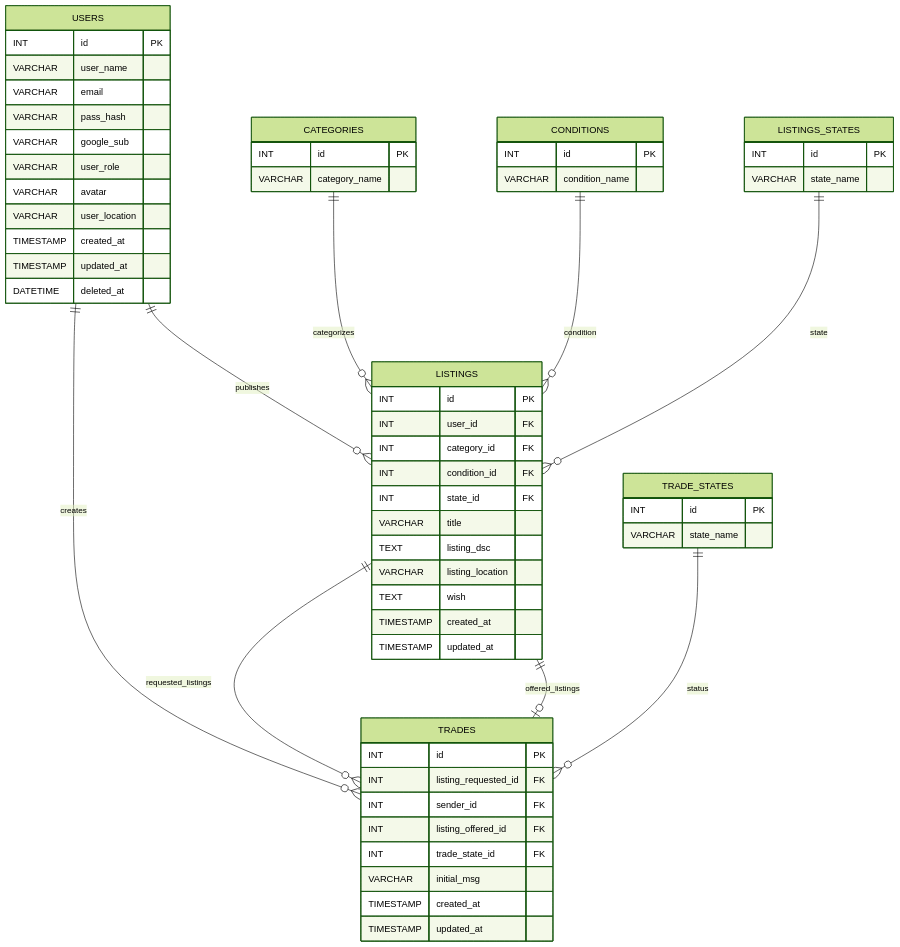
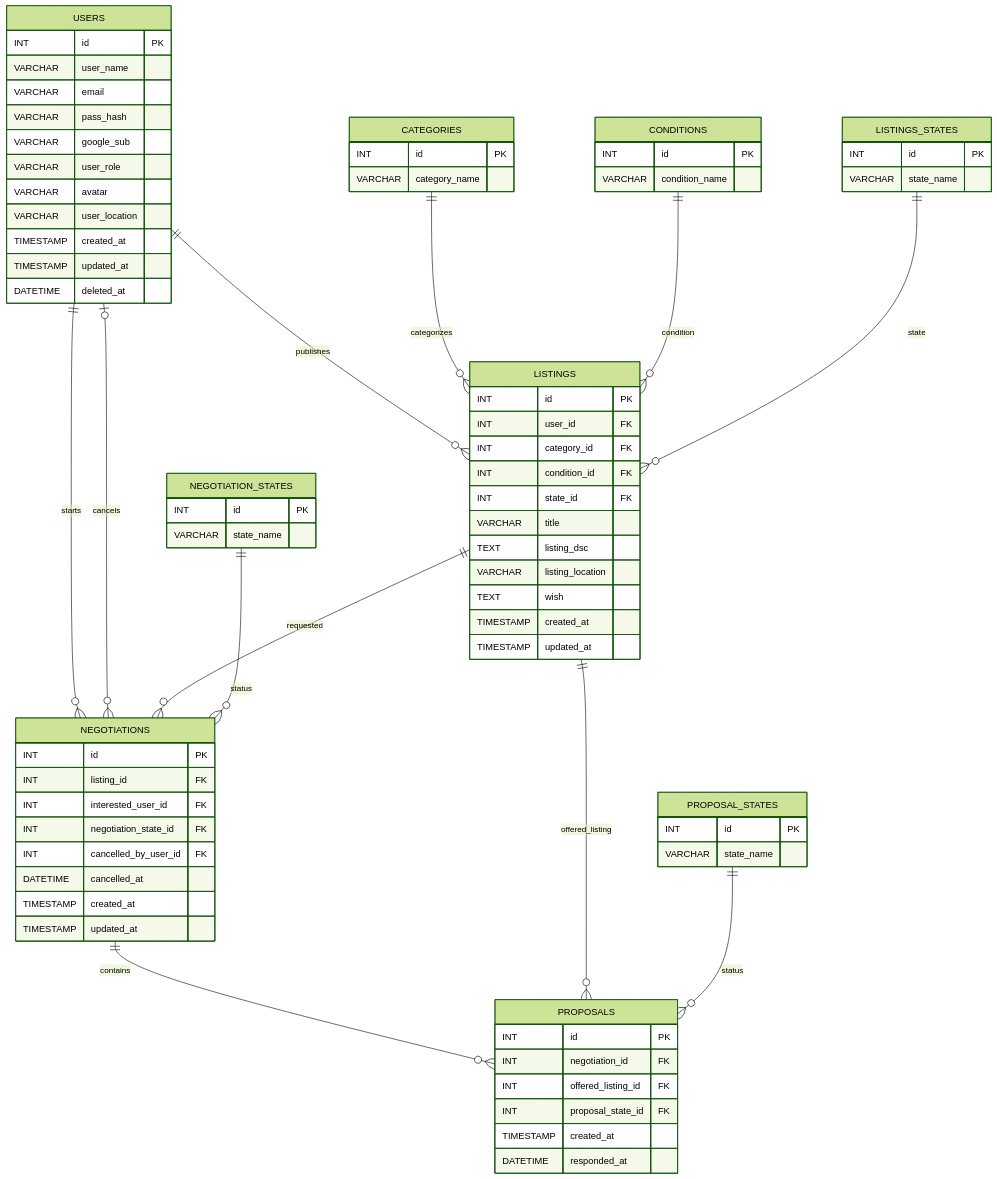
Before and after one commit to djunho/daka: the first of 2 diagrams in srcs/services/mariadb/dakaERD.md, drawn with Mermaid (forest theme). The commit also changed other lines of this file and 4 other files, not shown here.

Commit message:
FEAT/database: align schema with negotiation flow.

````diff
--- a/srcs/services/mariadb/dakaERD.md
+++ b/srcs/services/mariadb/dakaERD.md
@@ -34,7 +34,12 @@
         VARCHAR state_name
     }
 
-    TRADE_STATES {
+    NEGOTIATION_STATES {
+        INT id PK
+        VARCHAR state_name
+    }
+
+    PROPOSAL_STATES {
         INT id PK
         VARCHAR state_name
     }
@@ -53,15 +58,24 @@
         TIMESTAMP updated_at
     }
 
-    TRADES {
+    NEGOTIATIONS {
         INT id PK
-        INT listing_requested_id FK
-        INT sender_id FK
-        INT listing_offered_id FK
-        INT trade_state_id FK
-        VARCHAR initial_msg
+        INT listing_id FK
+        INT interested_user_id FK
+        INT negotiation_state_id FK
+        INT cancelled_by_user_id FK
+        DATETIME cancelled_at
         TIMESTAMP created_at
         TIMESTAMP updated_at
+    }
+
+    PROPOSALS {
+        INT id PK
+        INT negotiation_id FK
+        INT offered_listing_id FK
+        INT proposal_state_id FK
+        TIMESTAMP created_at
+        DATETIME responded_at
     }
 
     USERS ||--o{ LISTINGS : publishes
@@ -69,8 +83,12 @@
     CONDITIONS ||--o{ LISTINGS : condition
     LISTINGS_STATES ||--o{ LISTINGS : state
 
-    USERS ||--o{ TRADES : creates
-    LISTINGS ||--o{ TRADES : requested_listings
-    LISTINGS ||--o| TRADES : offered_listings
-    TRADE_STATES ||--o{ TRADES : status
+    USERS ||--o{ NEGOTIATIONS : starts
+    USERS o|--o{ NEGOTIATIONS : cancels
+    LISTINGS ||--o{ NEGOTIATIONS : requested
+    NEGOTIATION_STATES ||--o{ NEGOTIATIONS : status
+
+    NEGOTIATIONS ||--o{ PROPOSALS : contains
+    LISTINGS ||--o{ PROPOSALS : offered_listing
+    PROPOSAL_STATES ||--o{ PROPOSALS : status
 ```
````
